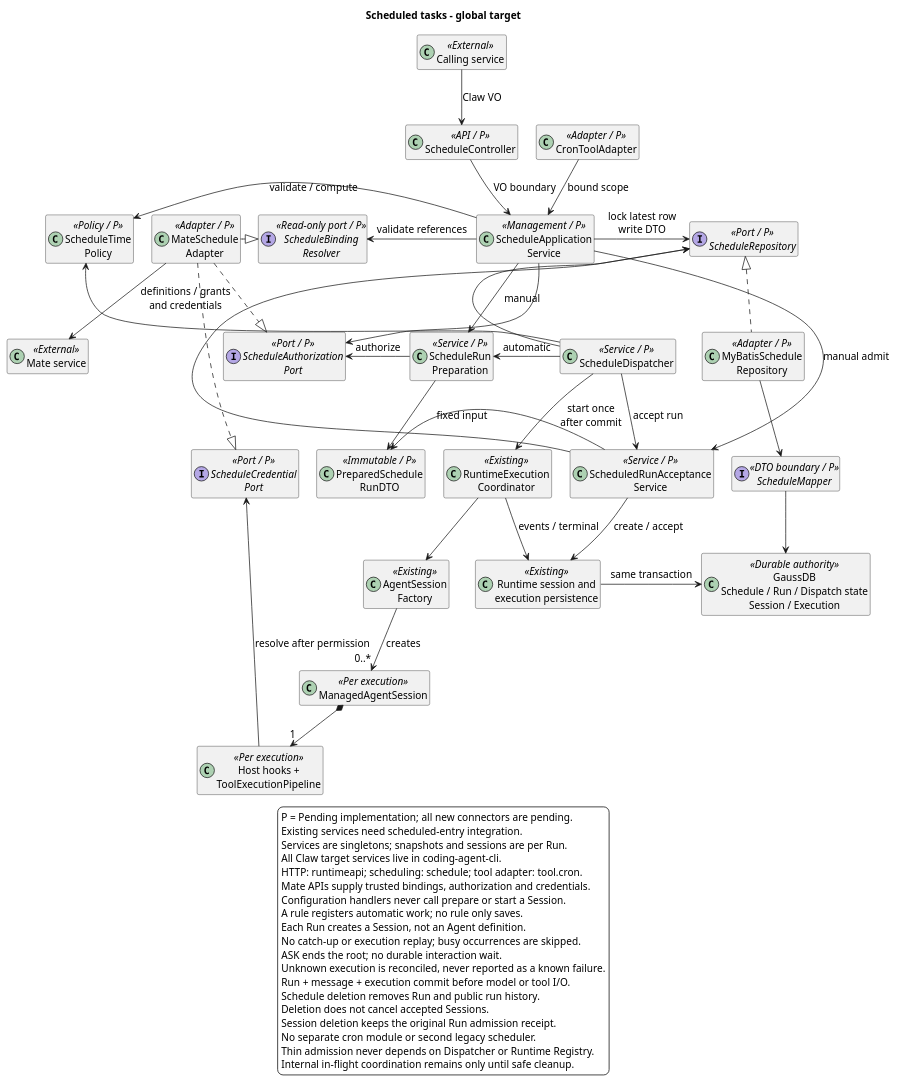
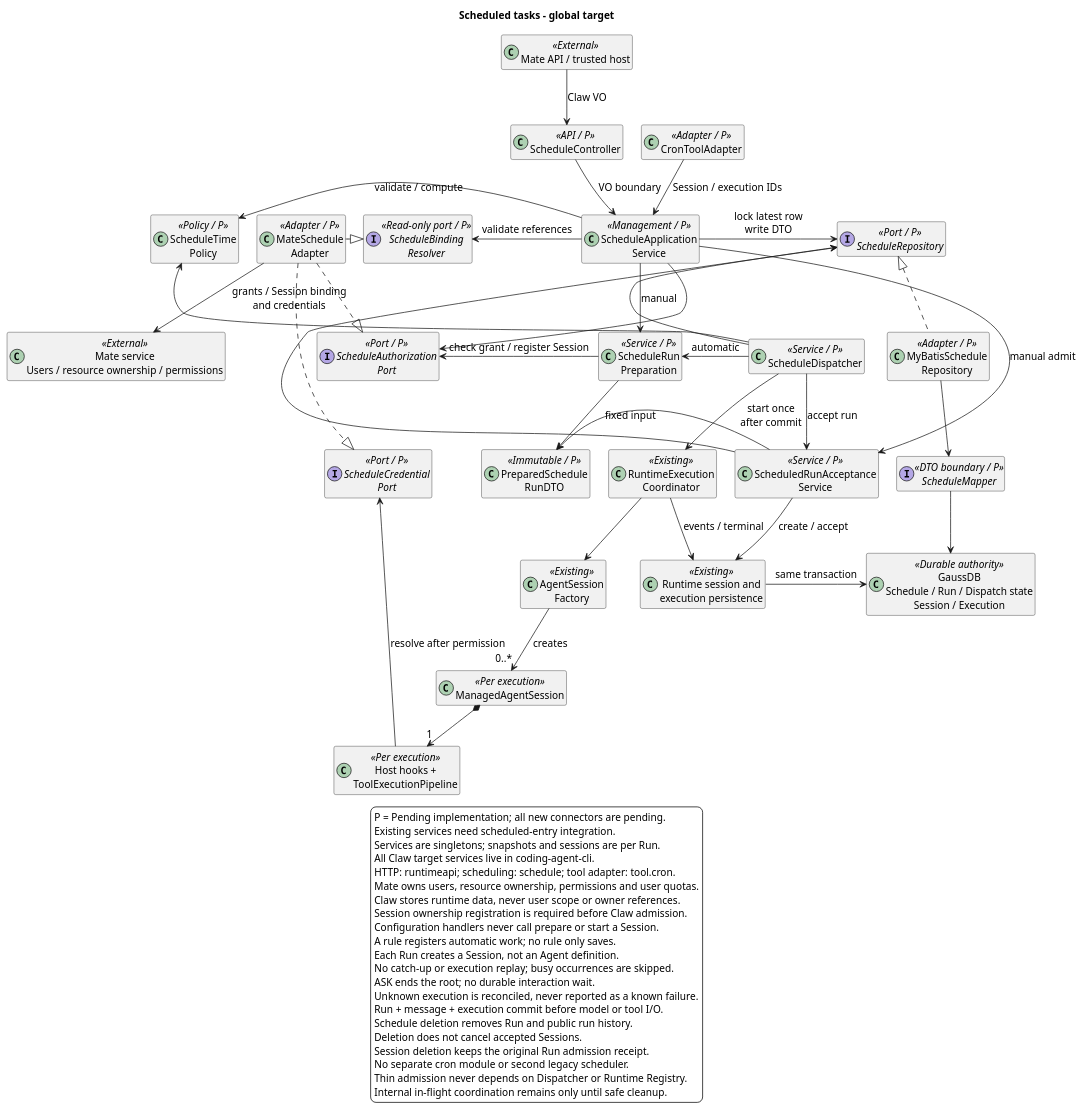
The second of 5 diagrams in 01-总体架构/08-CampusClaw定时任务/diagram.puml (ssm0808/pi-mono-java-design), drawn with PlantUML before and after one commit. The commit also changed other lines of this file and 17 other files, not shown here.

Commit message:
docs(architecture): 将会话归属与权限统一交由 Mate 维护

```diff
--- a/01-总体架构/08-CampusClaw定时任务/diagram.puml
+++ b/01-总体架构/08-CampusClaw定时任务/diagram.puml
@@ -45,103 +45,105 @@
 @startuml scheduled_task_architecture
 ' Baseline: Claude Deployment / Run / Session and run/pause/unpause, checked 2026-10-05, Beta.
 ' Source: modules/cron/src/main/java/com/campusclaw/cron/CronService.java createJob and triggerJob.
 ' Source: modules/coding-agent-cli/src/main/java/com/campusclaw/codingagent/tool/cron/ManagedCronSessionRunner.java execute.
 ' Source: modules/coding-agent-cli/src/main/java/com/campusclaw/codingagent/runtimeapi/event/RuntimeExecutionCoordinator.java start and commitTerminal.
 ' Source: modules/coding-agent-cli/src/main/java/com/campusclaw/codingagent/session/AgentSessionFactory.java create.
 ' Java baseline: 553dcd5e2ff682f9684810a043b442b37a02e54a.
 ' Design reason: preserve API, service, policy, adapter, runtime and durable boundaries.
 ' Product constraint: every Run creates a new Session using the bound Agent definition.
 ' Architecture change: Cron merges into coding-agent-cli; no independent cron artifact.
 ' Source: pom.xml modules; scripts/sync-campusclaw.sh MODULES.
 ' Source: modules/coding-agent-cli/src/main/java/com/campusclaw/codingagent/runtimeapi/runtime/RuntimeSessionEngineRegistry.java createSession.
 ' Source: modules/coding-agent-cli/src/main/java/com/campusclaw/codingagent/tool/cron/AgentScopedCronToolFactory.java create.
 ' Design reason: thin admission has no dependency on the dispatcher or execution registry.
 ' Architecture change: one acceptance path; no existing-session target strategy.
 ' Architecture change: every P node and every connector is Pending implementation.
 title Scheduled tasks - global target
 skinparam backgroundColor white
 skinparam defaultFontSize 14
 skinparam classAttributeIconSize 0
 skinparam nodesep 25
 skinparam ranksep 55
 hide empty members
-class "Calling service" as Caller <<External>>
+class "Mate API / trusted host" as Caller <<External>>
 class "ScheduleController" as Api <<API / P>>
 class "CronToolAdapter" as Tool <<Adapter / P>>
 class "ScheduleApplication\nService" as App <<Management / P>>
 class "ScheduleDispatcher" as Dispatch <<Service / P>>
 interface "ScheduleAuthorization\nPort" as Auth <<Port / P>>
 interface "ScheduleCredential\nPort" as Credential <<Port / P>>
 class "MateSchedule\nAdapter" as MateAdapter <<Adapter / P>>
-class "Mate service" as Mate <<External>>
+class "Mate service\nUsers / resource ownership / permissions" as Mate <<External>>
 interface "ScheduleBinding\nResolver" as Binding <<Read-only port / P>>
 class "ScheduleTime\nPolicy" as Time <<Policy / P>>
 class "ScheduleRun\nPreparation" as Prepare <<Service / P>>
 class "PreparedSchedule\nRunDTO" as Snapshot <<Immutable / P>>
 interface "ScheduleRepository" as Repo <<Port / P>>
 class "MyBatisSchedule\nRepository" as RepoImpl <<Adapter / P>>
 interface "ScheduleMapper" as Mapper <<DTO boundary / P>>
 class "GaussDB\nSchedule / Run / Dispatch state\nSession / Execution" as Db <<Durable authority>>
 class "ScheduledRunAcceptance\nService" as Accept <<Service / P>>
 class "Runtime session and\nexecution persistence" as Persist <<Existing>>
 class "RuntimeExecution\nCoordinator" as Coordinator <<Existing>>
 class "AgentSession\nFactory" as Factory <<Existing>>
 class "ManagedAgentSession" as Session <<Per execution>>
 class "Host hooks +\nToolExecutionPipeline" as Pipeline <<Per execution>>
 Caller -down-> Api : Claw VO
 Api -down-> App : VO boundary
 App -down-> Prepare : manual
 App -[norank]-> Accept : manual admit
-Tool -down-> App : bound scope
+Tool -down-> App : Session / execution IDs
 App -down[hidden]-> Dispatch
 Binding -down[hidden]-> Auth
 Auth -down[hidden]-> Credential
 App -left-> Time : validate / compute
 App -right-> Repo : lock latest row\nwrite DTO
 App -[norank]-> Auth
 App -left-> Binding : validate references
 Dispatch -down-> Accept : accept run
 Dispatch -left-> Prepare : automatic
 Dispatch -[norank]-> Time
 Dispatch -[norank]-> Repo
-Prepare -left-> Auth : authorize
+Prepare -left-> Auth : check grant / register Session
 Pipeline -left-> Credential : resolve after permission
 Prepare -down-> Snapshot
 MateAdapter .right.|> Auth
 MateAdapter .right.|> Binding
 MateAdapter .right.|> Credential
-MateAdapter -down-> Mate : definitions / grants\nand credentials
+MateAdapter -down-> Mate : grants / Session binding\nand credentials
 Accept -left-> Snapshot : fixed input
 Accept -[norank]-> Repo
 Repo <|.. RepoImpl
 RepoImpl -down-> Mapper
 Mapper -down-> Db
 Accept -down-> Persist : create / accept
 Persist -right-> Db : same transaction
 Dispatch -down-> Coordinator : start once\nafter commit
 Coordinator -right-> Persist : events / terminal
 Coordinator -down-> Factory
 Factory -down-> "0..*" Session : creates
 Session *-down-> "1" Pipeline
 legend bottom
   P = Pending implementation; all new connectors are pending.
   Existing services need scheduled-entry integration.
   Services are singletons; snapshots and sessions are per Run.
   All Claw target services live in coding-agent-cli.
   HTTP: runtimeapi; scheduling: schedule; tool adapter: tool.cron.
-  Mate APIs supply trusted bindings, authorization and credentials.
+  Mate owns users, resource ownership, permissions and user quotas.
+  Claw stores runtime data, never user scope or owner references.
+  Session ownership registration is required before Claw admission.
   Configuration handlers never call prepare or start a Session.
   A rule registers automatic work; no rule only saves.
   Each Run creates a Session, not an Agent definition.
   No catch-up or execution replay; busy occurrences are skipped.
   ASK ends the root; no durable interaction wait.
   Unknown execution is reconciled, never reported as a known failure.
   Run + message + execution commit before model or tool I/O.
   Schedule deletion removes Run and public run history.
   Deletion does not cancel accepted Sessions.
   Session deletion keeps the original Run admission receipt.
   No separate cron module or second legacy scheduler.
   Thin admission never depends on Dispatcher or Runtime Registry.
   Internal in-flight coordination remains only until safe cleanup.
 endlegend
 @enduml
```
